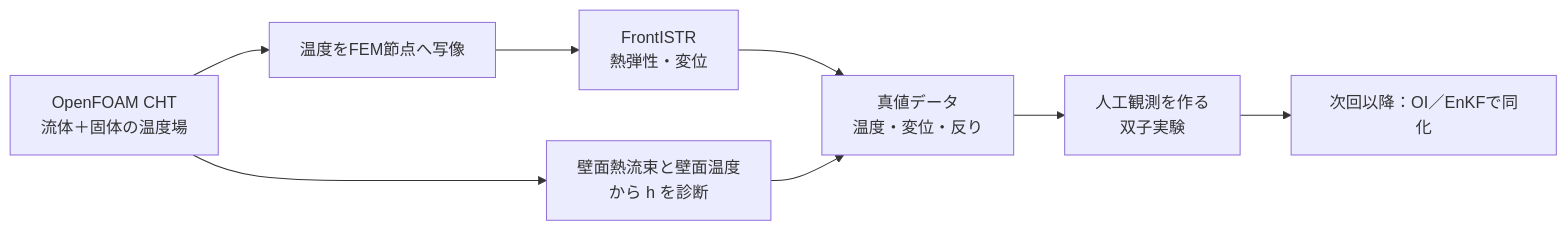
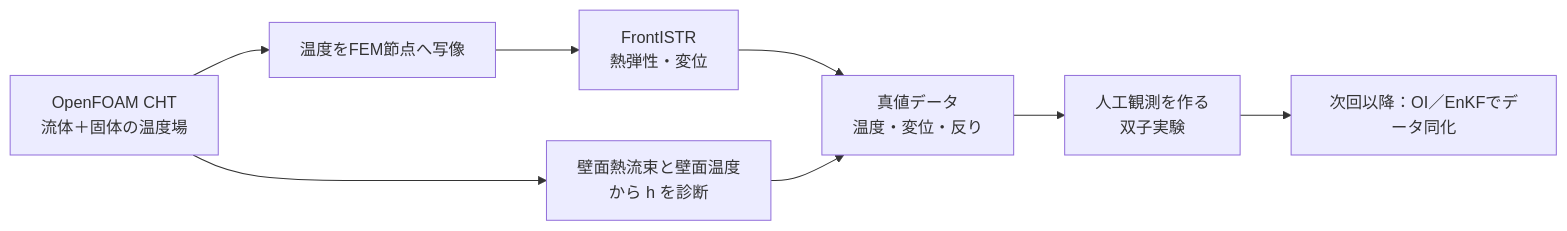
Before and after one commit to kamakiri1225/thermal-da-demo: the diagram in sample/106_0_pod_selected_rom/docs/blog_001_cht_thermal_expansion_and_htc.md, drawn with Mermaid. The commit also changed other lines of this file and 13 other files, not shown here.

````diff
--- a/sample/106_0_pod_selected_rom/docs/blog_001_cht_thermal_expansion_and_htc.md
+++ b/sample/106_0_pod_selected_rom/docs/blog_001_cht_thermal_expansion_and_htc.md
@@ -25,10 +25,10 @@
 ```mermaid
 flowchart LR
     A[OpenFOAM CHT\n流体＋固体の温度場] --> B[温度をFEM節点へ写像]
     B --> C[FrontISTR\n熱弾性・変位]
     A --> D[壁面熱流束と壁面温度\nから h を診断]
     C --> E[真値データ\n温度・変位・反り]
     D --> E
     E --> F[人工観測を作る\n双子実験]
-    F --> G[次回以降：OI／EnKFで同化]
+    F --> G[次回以降：OI／EnKFでデータ同化]
 ```
````
